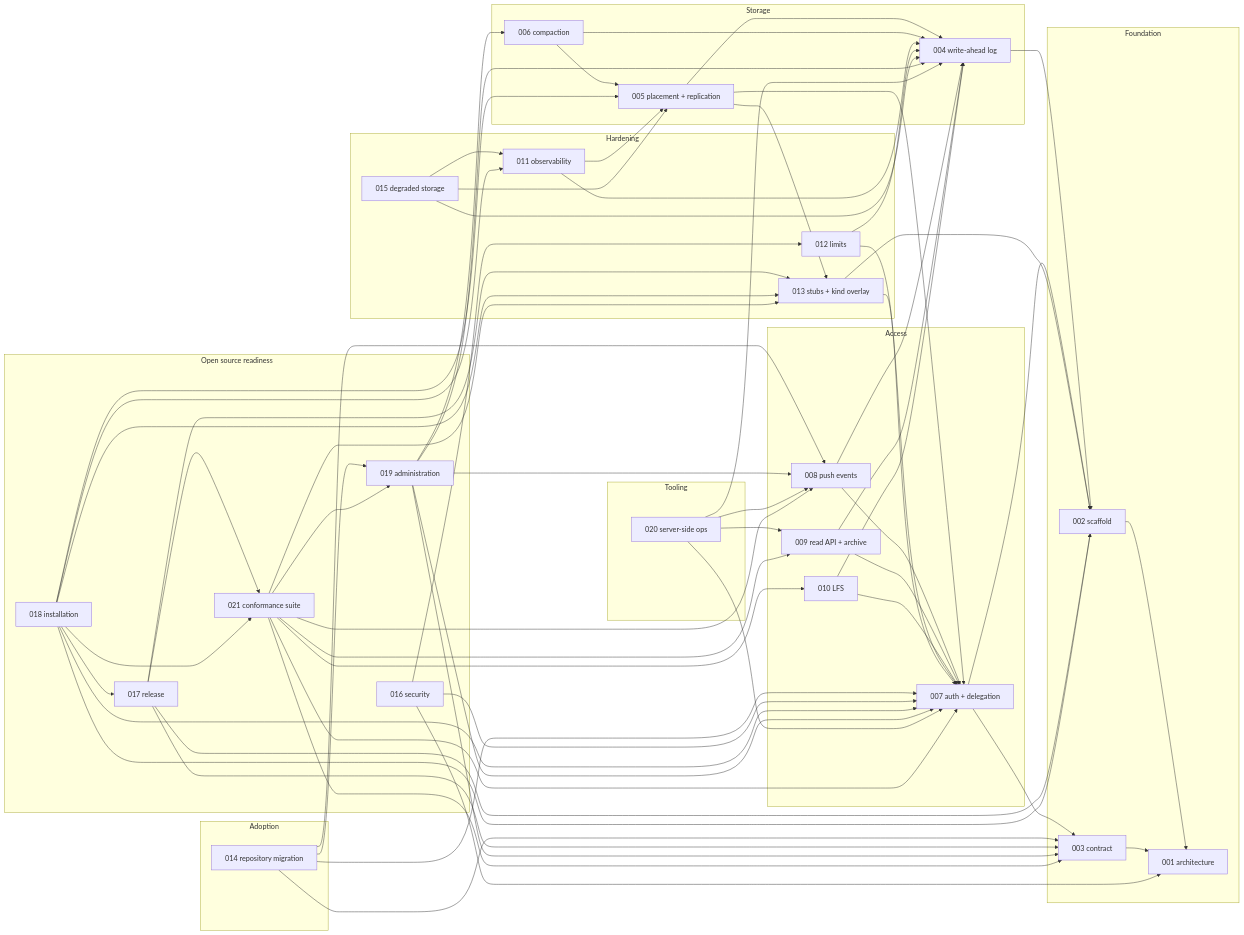
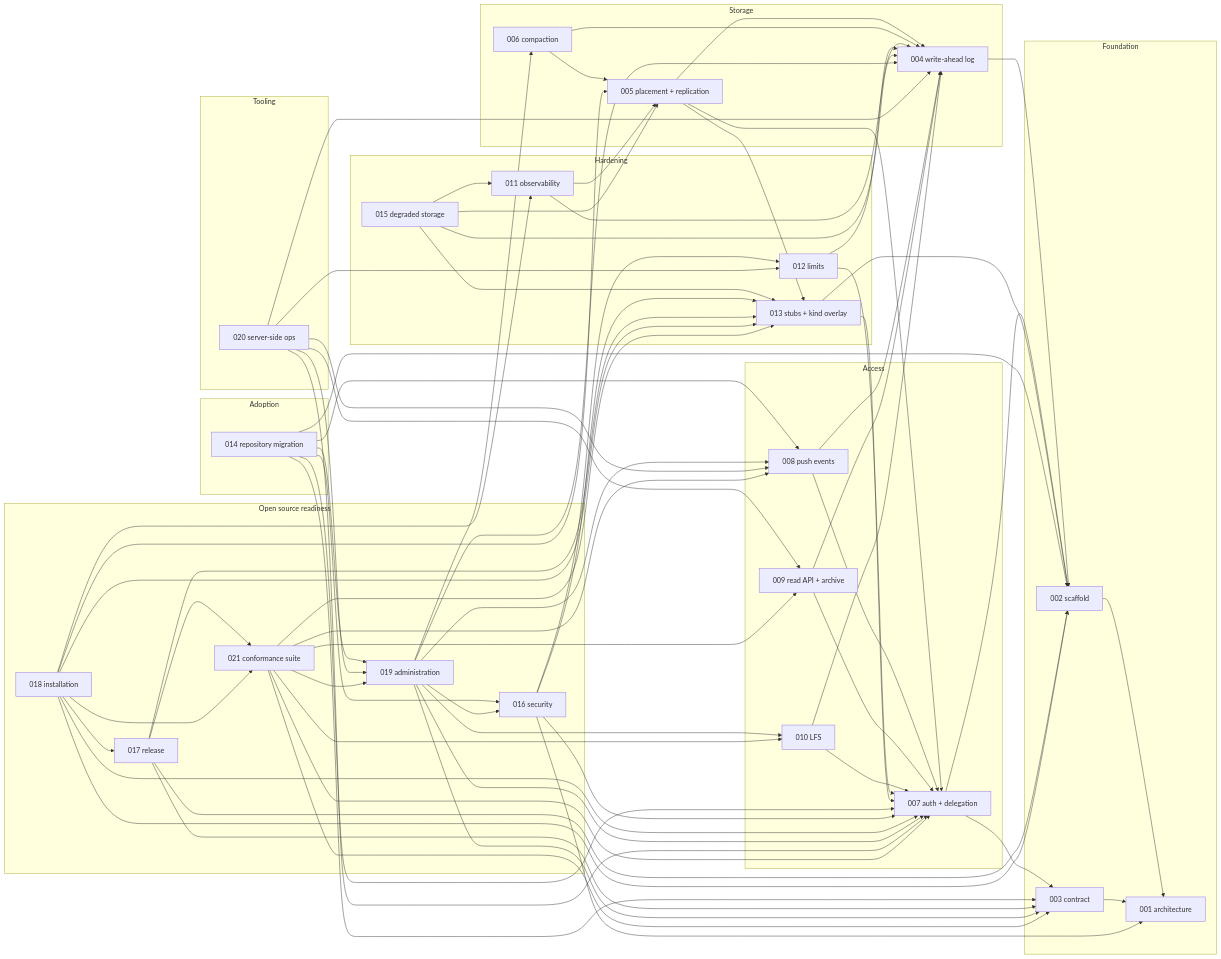
The second of 2 diagrams in specs/README.md (latere-ai/origo), drawn with Mermaid before and after one commit. The commit also changed other lines of this file and 1 other file, not shown here.

Commit message:
specs(020): the operations are a Method and Path table so the cross-reference lists them, 020 depends on 012 and 019, the conformance cases named; index: cross-reference regenerated, graph edges, statuses

```diff
--- a/specs/README.md
+++ b/specs/README.md
@@ -131,12 +131,16 @@
   S014 --> S007
   S014 --> S008
   S014 --> S019
+  S014 --> S002
+  S014 --> S016
   S015 --> S004
   S015 --> S005
   S015 --> S011
+  S015 --> S013
   S016 --> S001
   S016 --> S007
   S016 --> S012
+  S016 --> S013
   S017 --> S002
   S017 --> S003
   S017 --> S013
@@ -153,10 +157,14 @@
   S019 --> S006
   S019 --> S007
   S019 --> S008
+  S019 --> S010
+  S019 --> S016
   S020 --> S004
   S020 --> S007
   S020 --> S008
   S020 --> S009
+  S020 --> S012
+  S020 --> S019
   S021 --> S003
   S021 --> S007
   S021 --> S008
```
